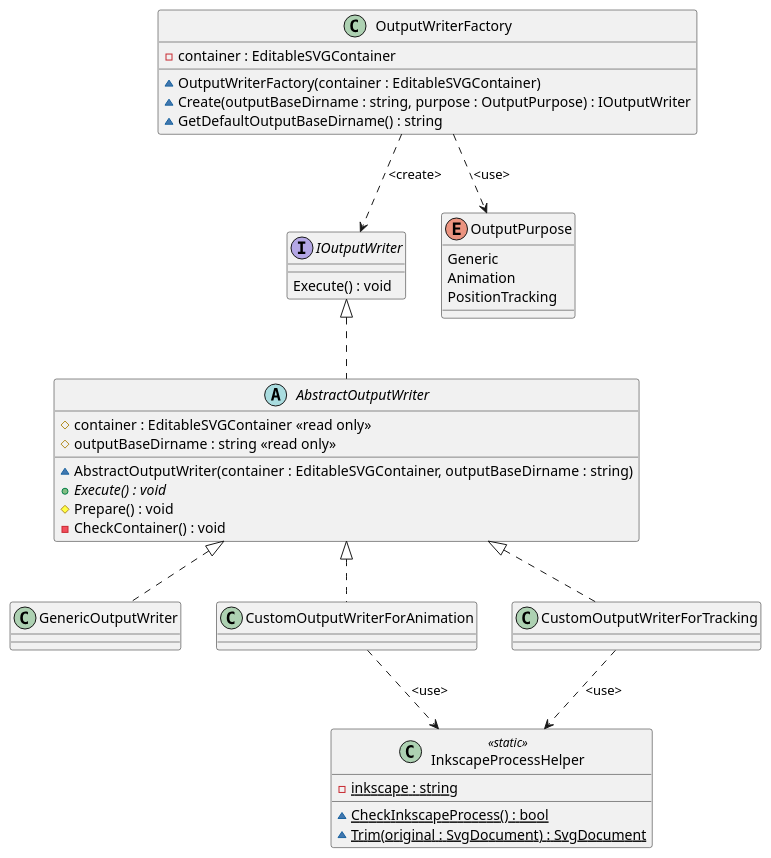
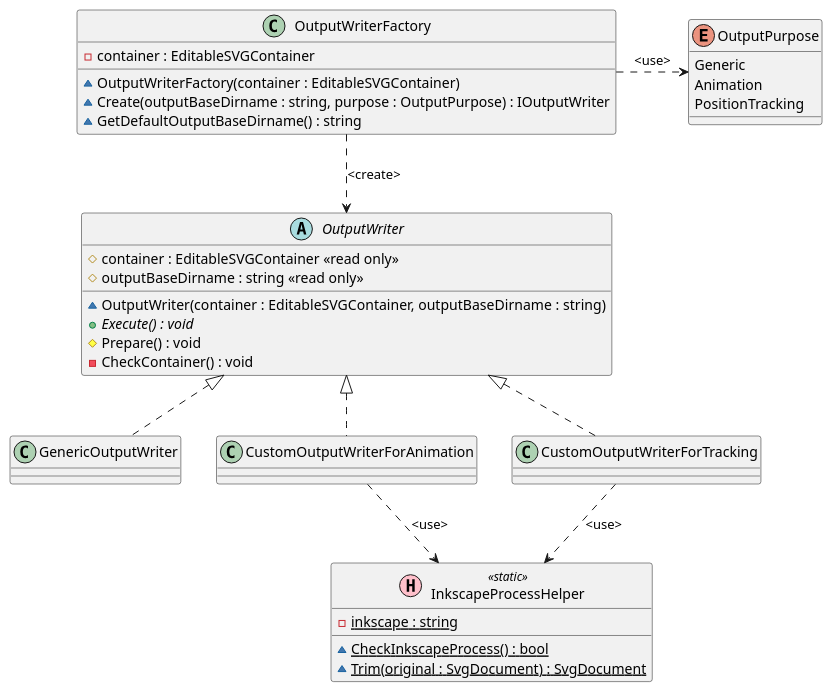
The fourth of 4 diagrams in uml/SVGObjectsDecomposer.puml (tatsuya19871219/SVGObjectsDecomposer), drawn with PlantUML before and after one commit. The commit also changed other lines of this file and 6 other files, not shown here.

Commit message:
Add CustomOutputWriterForPositionTracking class

```diff
--- a/uml/SVGObjectsDecomposer.puml
+++ b/uml/SVGObjectsDecomposer.puml
@@ -184,74 +190,74 @@
 @startuml OutputWriters
 
-class InkscapeProcessHelper <<static>>
+class InkscapeProcessHelper << (H, pink) static >>
 {
     {static} - inkscape : string
     {static} ~ CheckInkscapeProcess() : bool
     {static} ~ Trim(original : SvgDocument) : SvgDocument
 }
 
 enum OutputPurpose
 {
     Generic
     Animation
     PositionTracking
 }
 
-interface IOutputWriter
-{
-    Execute() : void
-}
+' interface IOutputWriter
+' {
+'     Execute() : void
+' }
 
-abstract AbstractOutputWriter
+abstract OutputWriter
 {
     # container : EditableSVGContainer <<read only>>
     # outputBaseDirname : string <<read only>>
-    ~ AbstractOutputWriter(container : EditableSVGContainer, outputBaseDirname : string)
+    ~ OutputWriter(container : EditableSVGContainer, outputBaseDirname : string)
     {abstract} + Execute() : void
     # Prepare() : void
     - CheckContainer() : void
 
 }
 
 class OutputWriterFactory
 {
     - container : EditableSVGContainer
     ~ OutputWriterFactory(container : EditableSVGContainer)
     ~ Create(outputBaseDirname : string, purpose : OutputPurpose) : IOutputWriter
     ~ GetDefaultOutputBaseDirname() : string
 }
 
 class GenericOutputWriter
 {
     ' ~ GenericOutputWriter(container : EditableSVGContainer, outputBaseDirname : string)
     ' + Execute() : void
 }
 
 class CustomOutputWriterForAnimation
 {
     ' ~ CustomOutputWriterForAnimation(container : EditableSVGContainer, outputBaseDirname : string)
     ' + Execute() : void
 }
 
 class CustomOutputWriterForTracking
 {
     ' ~ CustomOutputWriterForTracking(container : EditableSVGContainer, outputBaseDirname : string)
     ' + Execute() : void
 }
 
 
 
-AbstractOutputWriter .up.|> IOutputWriter
+'AbstractOutputWriter .up.|> IOutputWriter
 
-GenericOutputWriter .up.|> AbstractOutputWriter
-CustomOutputWriterForAnimation .up.|> AbstractOutputWriter
-CustomOutputWriterForTracking .up.|> AbstractOutputWriter
+GenericOutputWriter .up.|> OutputWriter
+CustomOutputWriterForAnimation .up.|> OutputWriter
+CustomOutputWriterForTracking .up.|> OutputWriter
 
-OutputWriterFactory .down.> IOutputWriter : <create>
+OutputWriterFactory .down.> OutputWriter : <create>
 
 CustomOutputWriterForAnimation ..> InkscapeProcessHelper : <use>
 CustomOutputWriterForTracking ..> InkscapeProcessHelper : <use>
 
-OutputWriterFactory ..> OutputPurpose : <use>
+OutputWriterFactory .right.> OutputPurpose : <use>
 
 @enduml
```
